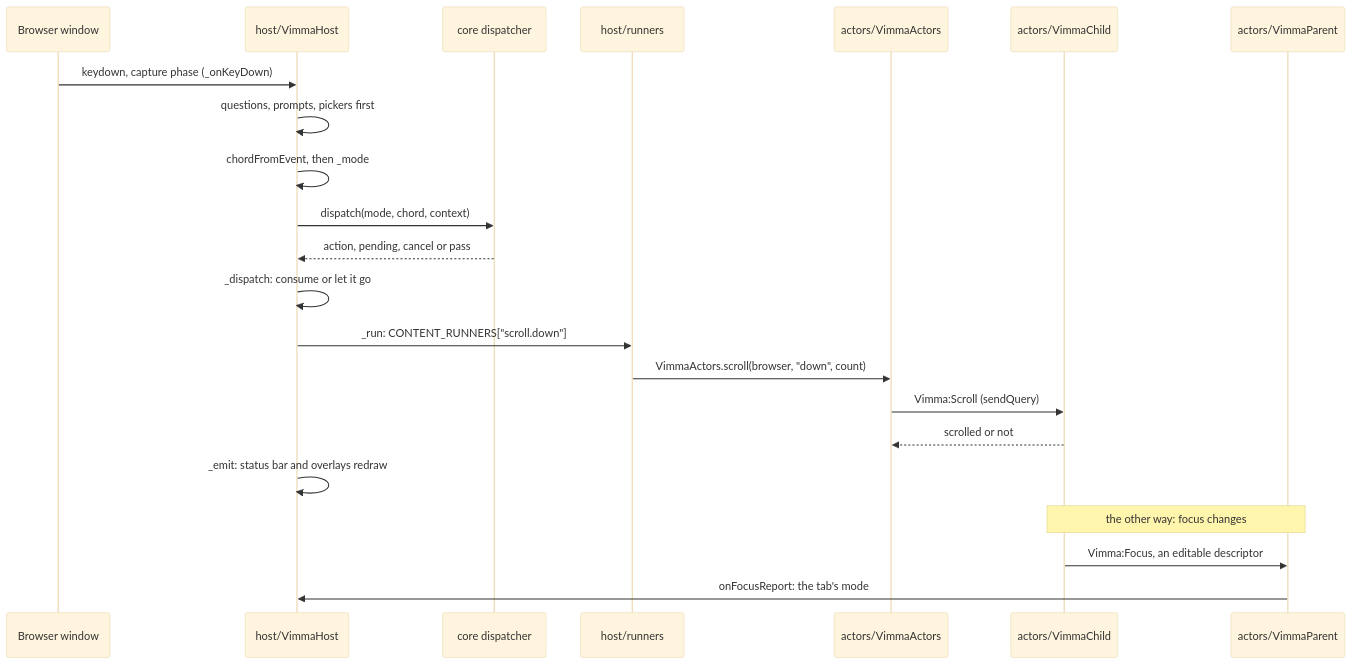
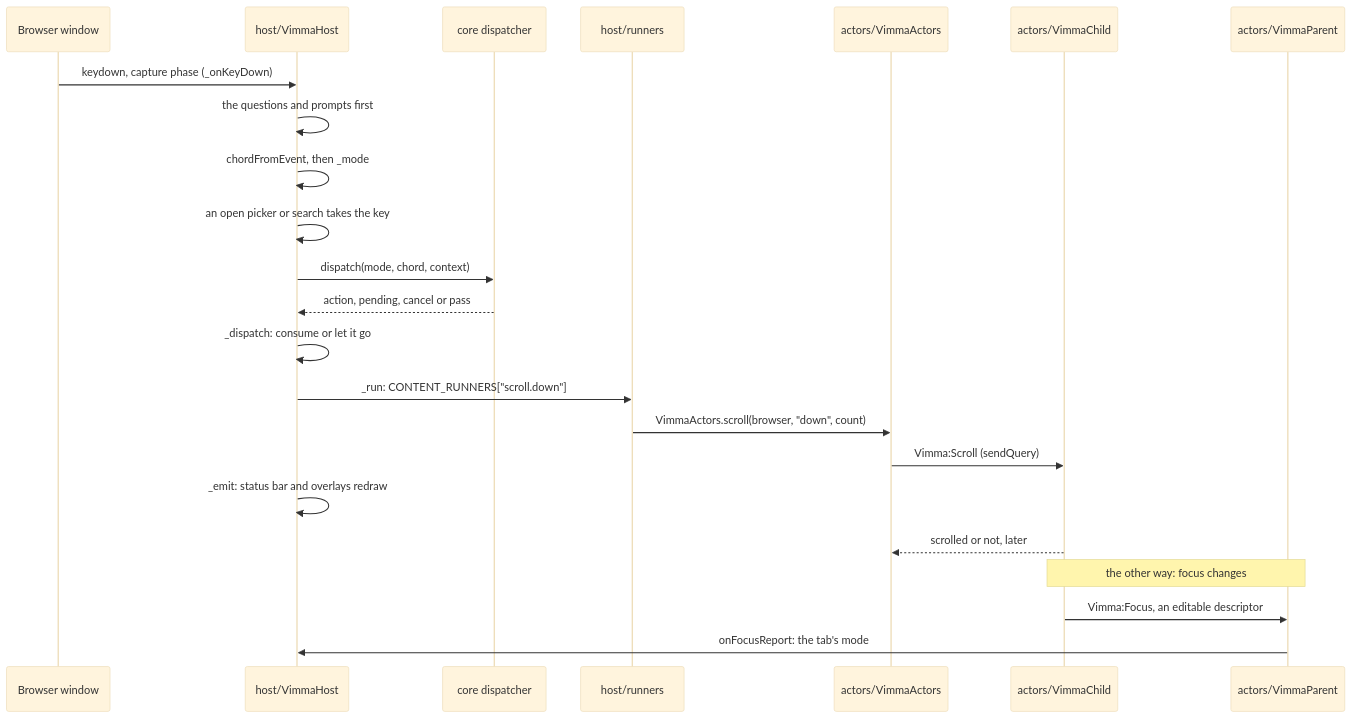
The diagram in docs/architecture/keypress.md (vimma-browser/vimma), drawn with Mermaid (base theme) before and after one commit. The commit also changed other lines of this file and 3 other files, not shown here.

First line of the commit message:
docs: correct the second architecture walkthroughs after review

````diff
--- a/docs/architecture/keypress.md
+++ b/docs/architecture/keypress.md
@@ -15,24 +15,25 @@
 ```mermaid
 sequenceDiagram
   participant Win as Browser window
   participant Host as host/VimmaHost
   participant Disp as core dispatcher
   participant Run as host/runners
   participant Act as actors/VimmaActors
   participant Child as actors/VimmaChild
   participant Parent as actors/VimmaParent
   Win->>Host: keydown, capture phase (_onKeyDown)
-  Host->>Host: questions, prompts, pickers first
+  Host->>Host: the questions and prompts first
   Host->>Host: chordFromEvent, then _mode
+  Host->>Host: an open picker or search takes the key
   Host->>Disp: dispatch(mode, chord, context)
   Disp-->>Host: action, pending, cancel or pass
   Host->>Host: _dispatch: consume or let it go
   Host->>Run: _run: CONTENT_RUNNERS["scroll.down"]
   Run->>Act: VimmaActors.scroll(browser, "down", count)
   Act->>Child: Vimma:Scroll (sendQuery)
-  Child-->>Act: scrolled or not
   Host->>Host: _emit: status bar and overlays redraw
+  Child-->>Act: scrolled or not, later
   Note over Child,Parent: the other way: focus changes
   Child->>Parent: Vimma:Focus, an editable descriptor
   Parent->>Host: onFocusReport: the tab's mode
 ```
````
